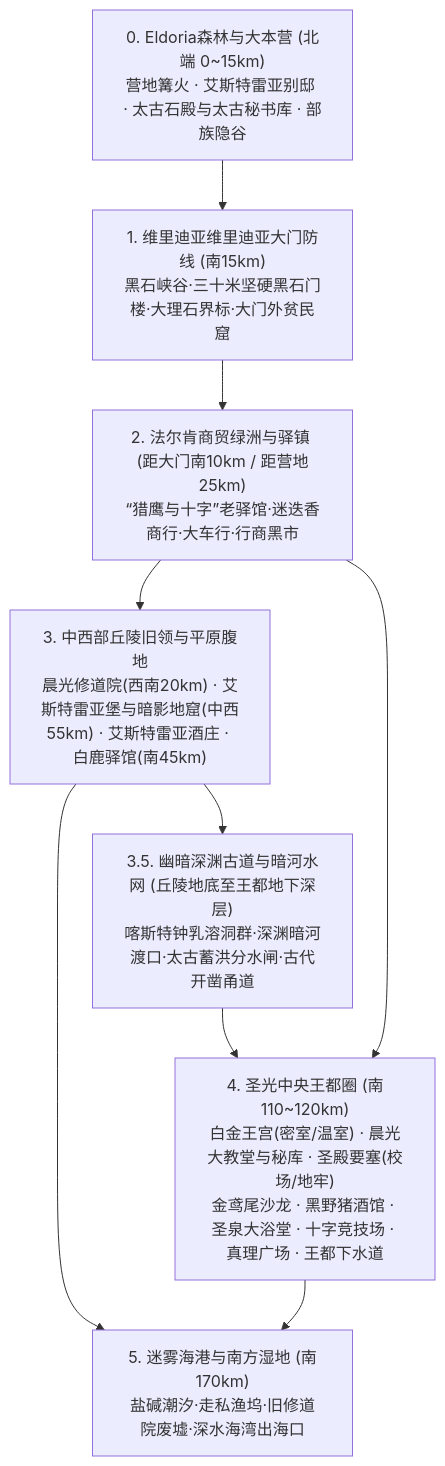
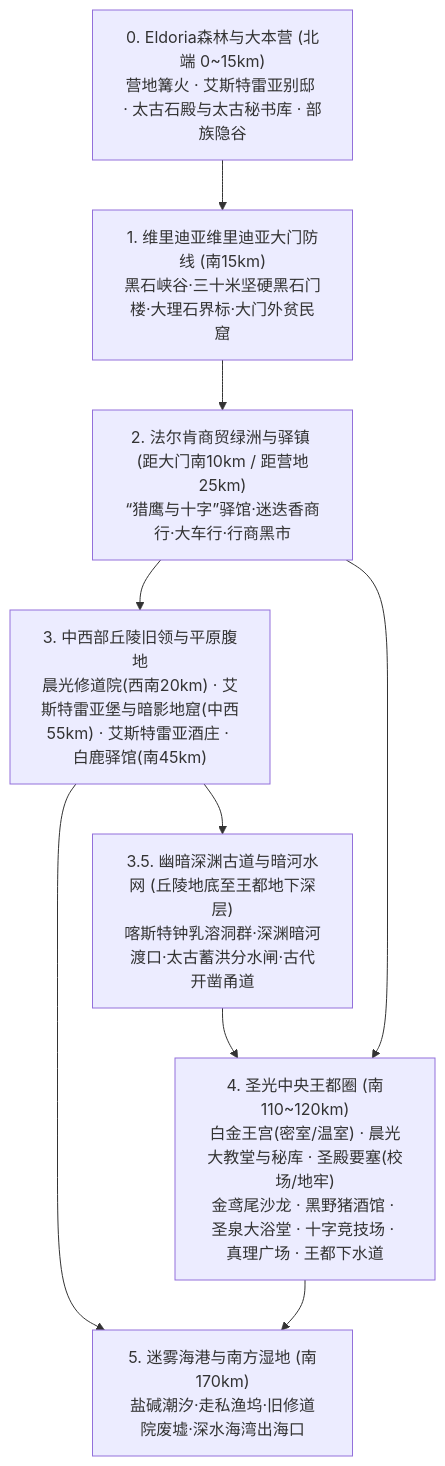
Before and after one commit to soranokiseki1437/eldoria-worldbook: the diagram in 方案/第二部/主线与世界扩充方案/02_王国地理版图、封建社会阶层与货币经济基准.md, drawn with Mermaid. The commit also changed other lines of this file and 71 other files, not shown here.

````diff
--- a/方案/第二部/主线与世界扩充方案/02_王国地理版图、封建社会阶层与货币经济基准.md
+++ b/方案/第二部/主线与世界扩充方案/02_王国地理版图、封建社会阶层与货币经济基准.md
@@ -12,11 +12,11 @@
 ```mermaid
 graph TD
     Camp["0. Eldoria森林与大本营 (北端 0~15km)<br/>营地篝火 · 艾斯特雷亚别邸 · 太古石殿与太古秘书库 · 部族隐谷"] --> Area1["1. 维里迪亚维里迪亚大门防线 (南15km)<br/>黑石峡谷·三十米坚硬黑石门楼·大理石界标·大门外贫民窟"]
-    Area1 --> Area2["2. 法尔肯商贸绿洲与驿镇 (距大门南10km / 距营地25km)<br/>“猎鹰与十字”老驿馆·迷迭香商行·大车行·行商黑市"]
+    Area1 --> Area2["2. 法尔肯商贸绿洲与驿镇 (距大门南10km / 距营地25km)<br/>“猎鹰与十字”驿馆·迷迭香商行·大车行·行商黑市"]
     Area2 --> Area3["3. 中西部丘陵旧领与平原腹地<br/>晨光修道院(西南20km) · 艾斯特雷亚堡与暗影地窟(中西55km) · 艾斯特雷亚酒庄 · 白鹿驿馆(南45km)"]
     Area3 --> AreaSub["3.5. 幽暗深渊古道与暗河水网 (丘陵地底至王都地下深层)<br/>喀斯特钟乳溶洞群·深渊暗河渡口·太古蓄洪分水闸·古代开凿甬道"]
     AreaSub --> Area4
     Area2 --> Area4["4. 圣光中央王都圈 (南110~120km)<br/>白金王宫(密室/温室) · 晨光大教堂与秘库 · 圣殿要塞(校场/地牢)<br/>金鸢尾沙龙 · 黑野猪酒馆 · 圣泉大浴堂 · 十字竞技场 · 真理广场 · 王都下水道"]
     Area3 --> Area5["5. 迷雾海港与南方湿地 (南170km)<br/>盐碱潮汐·走私渔坞·旧修道院废墟·深水海湾出海口"]
     Area4 --> Area5
 ```
````
